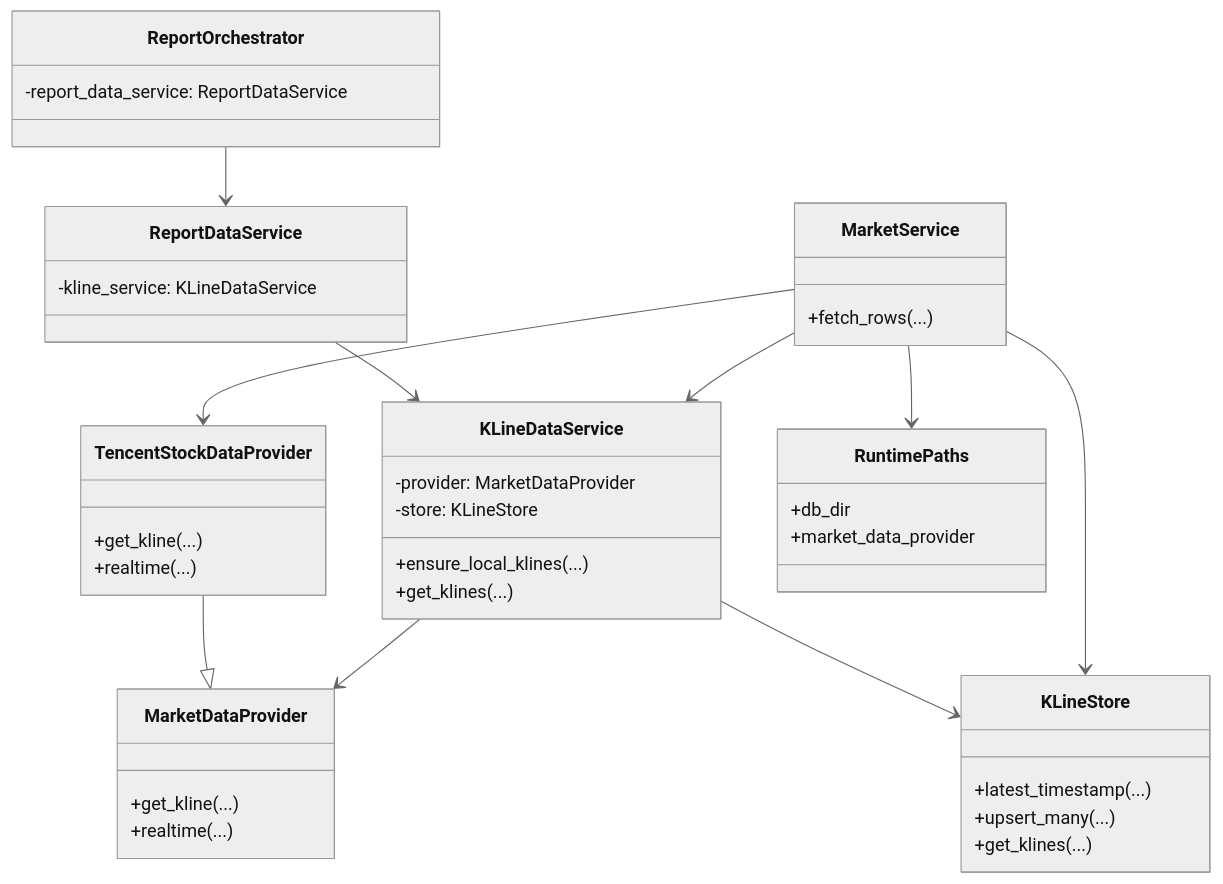
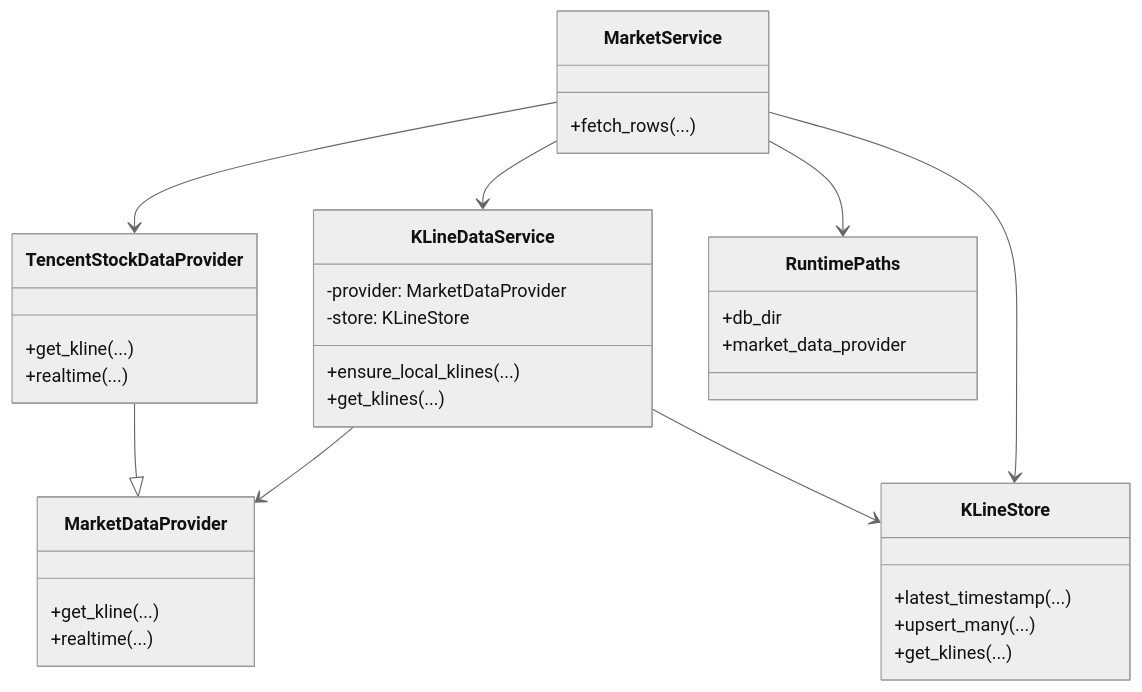
The third of 3 diagrams in docs/software_technical_document.zh.md (shenjee/stockpilot), drawn with Mermaid (neutral theme) before and after one commit. The commit also changed other lines of this file and 61 other files, not shown here.

````diff
--- a/docs/software_technical_document.zh.md
+++ b/docs/software_technical_document.zh.md
@@ -286,52 +257,42 @@
 ```mermaid
 classDiagram
     class MarketDataProvider {
         +get_kline(...)
         +realtime(...)
     }
 
     class TencentStockDataProvider {
         +get_kline(...)
         +realtime(...)
     }
 
     class KLineStore {
         +latest_timestamp(...)
         +upsert_many(...)
         +get_klines(...)
     }
 
     class KLineDataService {
         -provider: MarketDataProvider
         -store: KLineStore
         +ensure_local_klines(...)
         +get_klines(...)
     }
 
-    class ReportDataService {
-        -kline_service: KLineDataService
-    }
-
-    class ReportOrchestrator {
-        -report_data_service: ReportDataService
-    }
-
     class MarketService {
         +fetch_rows(...)
     }
 
     class RuntimePaths {
         +db_dir
         +market_data_provider
     }
 
     TencentStockDataProvider --|> MarketDataProvider
     KLineDataService --> MarketDataProvider
     KLineDataService --> KLineStore
-    ReportDataService --> KLineDataService
-    ReportOrchestrator --> ReportDataService
     MarketService --> KLineDataService
     MarketService --> RuntimePaths
     MarketService --> KLineStore
     MarketService --> TencentStockDataProvider
 ```
````
